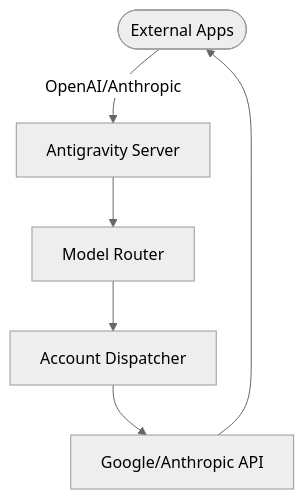
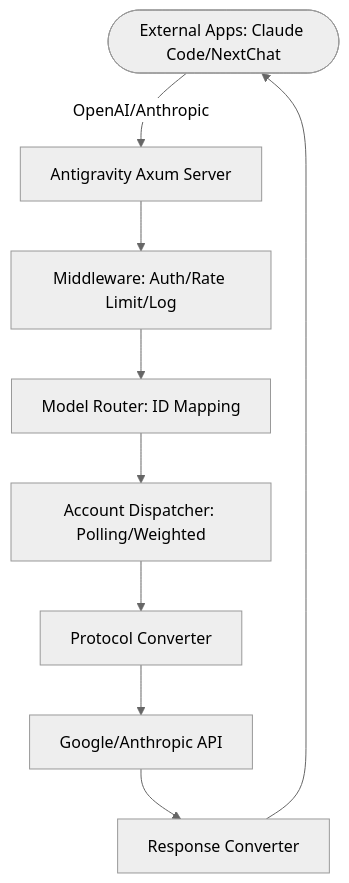
The diagram in README.md (Vaquerosx/Antigravityy-manager-setup), drawn with Mermaid (neutral theme) before and after one commit. The commit also changed other lines of this file, not shown here.

````diff
--- a/README.md
+++ b/README.md
@@ -115,8 +282,11 @@
 ```mermaid
 graph TD
-    Client([External Apps]) -->|OpenAI/Anthropic| Gateway[Antigravity Server]
-    Gateway --> Router[Model Router]
-    Router --> Dispatcher[Account Dispatcher]
-    Dispatcher --> Upstream[Google/Anthropic API]
-    Upstream --> Client
+    Client([External Apps: Claude Code/NextChat]) -->|OpenAI/Anthropic| Gateway[Antigravity Axum Server]
+    Gateway --> Middleware[Middleware: Auth/Rate Limit/Log]
+    Middleware --> Router[Model Router: ID Mapping]
+    Router --> Dispatcher[Account Dispatcher: Polling/Weighted]
+    Dispatcher --> Mapper[Protocol Converter]
+    Mapper --> Upstream[Google/Anthropic API]
+    Upstream --> ResponseMapper[Response Converter]
+    ResponseMapper --> Client
 ```
````
